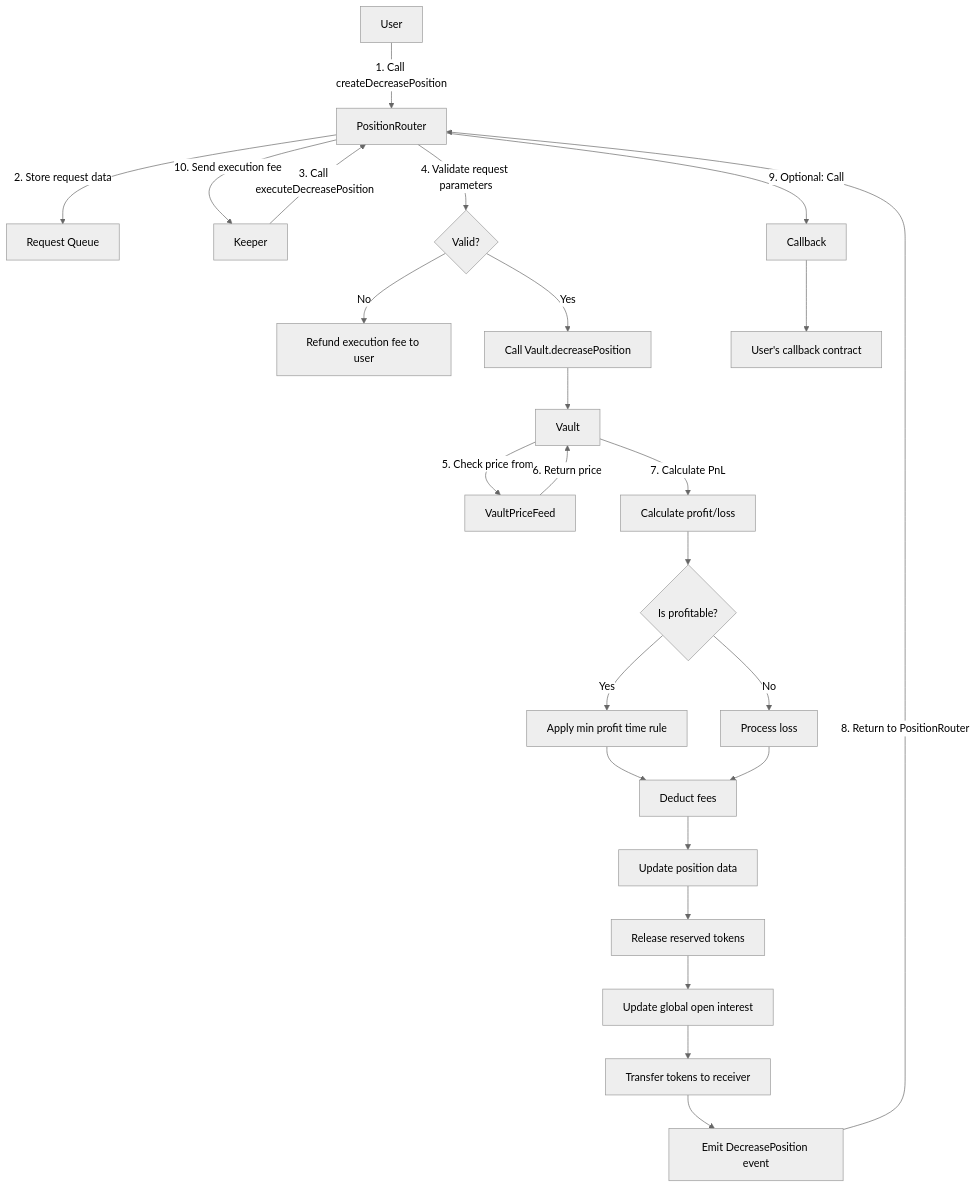
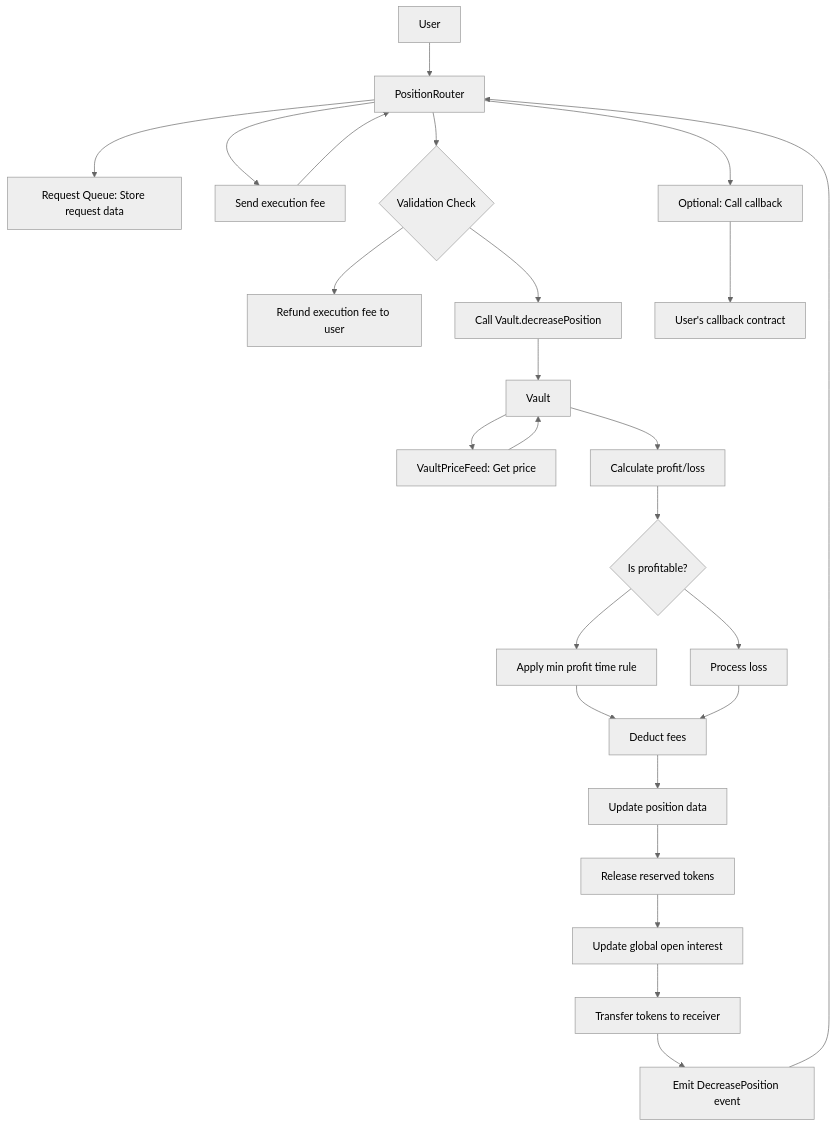
Before and after one commit to cinojosa0705/documentation: the second of 3 diagrams in contracts/vault.mdx, drawn with Mermaid (neutral theme). The commit also changed other lines of this file, not shown here.

Commit message:
fix flow charts

````diff
--- a/contracts/vault.mdx
+++ b/contracts/vault.mdx
@@ -288,27 +303,27 @@
 ```mermaid
-flowchart TD
-    A[User] -->|1. Call createDecreasePosition| B[PositionRouter]
-    B -->|2. Store request data| C[Request Queue]
-    E[Keeper] -->|3. Call executeDecreasePosition| B
-    B -->|4. Validate request parameters| F{Valid?}
-    F -->|No| G[Refund execution fee to user]
-    F -->|Yes| H[Call Vault.decreasePosition]
-    H --> I[Vault]
-    I -->|5. Check price from| J[VaultPriceFeed]
-    J -->|6. Return price| I
-    I -->|7. Calculate PnL| K[Calculate profit/loss]
-    K --> L{Is profitable?}
-    L -->|Yes| M[Apply min profit time rule]
-    L -->|No| N[Process loss]
-    M --> O[Deduct fees]
-    N --> O
-    O --> P[Update position data]
-    P --> Q[Release reserved tokens]
-    Q --> R[Update global open interest]
-    R --> S[Transfer tokens to receiver]
-    S --> T[Emit DecreasePosition event]
-    T -->|8. Return to PositionRouter| B
-    B -->|9. Optional: Call| U[Callback]
-    U --> V[User's callback contract]
-    B -->|10. Send execution fee| E
+graph TD
+    User["User"] --> PositionRouter["PositionRouter"]
+    PositionRouter --> RequestQueue["Request Queue: Store request data"]
+    Keeper["Keeper"] --> PositionRouter
+    PositionRouter --> Valid{"Validation Check"}
+    Valid --> RefundFee["Refund execution fee to user"]
+    Valid --> CallVault["Call Vault.decreasePosition"]
+    CallVault --> Vault["Vault"]
+    Vault --> PriceFeed["VaultPriceFeed: Get price"]
+    PriceFeed --> Vault
+    Vault --> CalcPnL["Calculate profit/loss"]
+    CalcPnL --> Profitable{"Is profitable?"}
+    Profitable --> MinProfit["Apply min profit time rule"]
+    Profitable --> ProcessLoss["Process loss"]
+    MinProfit --> Fees["Deduct fees"]
+    ProcessLoss --> Fees
+    Fees --> UpdatePos["Update position data"]
+    UpdatePos --> Release["Release reserved tokens"]
+    Release --> UpdateOI["Update global open interest"]
+    UpdateOI --> Transfer["Transfer tokens to receiver"]
+    Transfer --> EmitEvent["Emit DecreasePosition event"]
+    EmitEvent --> PositionRouter
+    PositionRouter --> Callback["Optional: Call callback"]
+    Callback --> CallbackContract["User's callback contract"]
+    PositionRouter --> Keeper["Send execution fee"]
 ```
````
